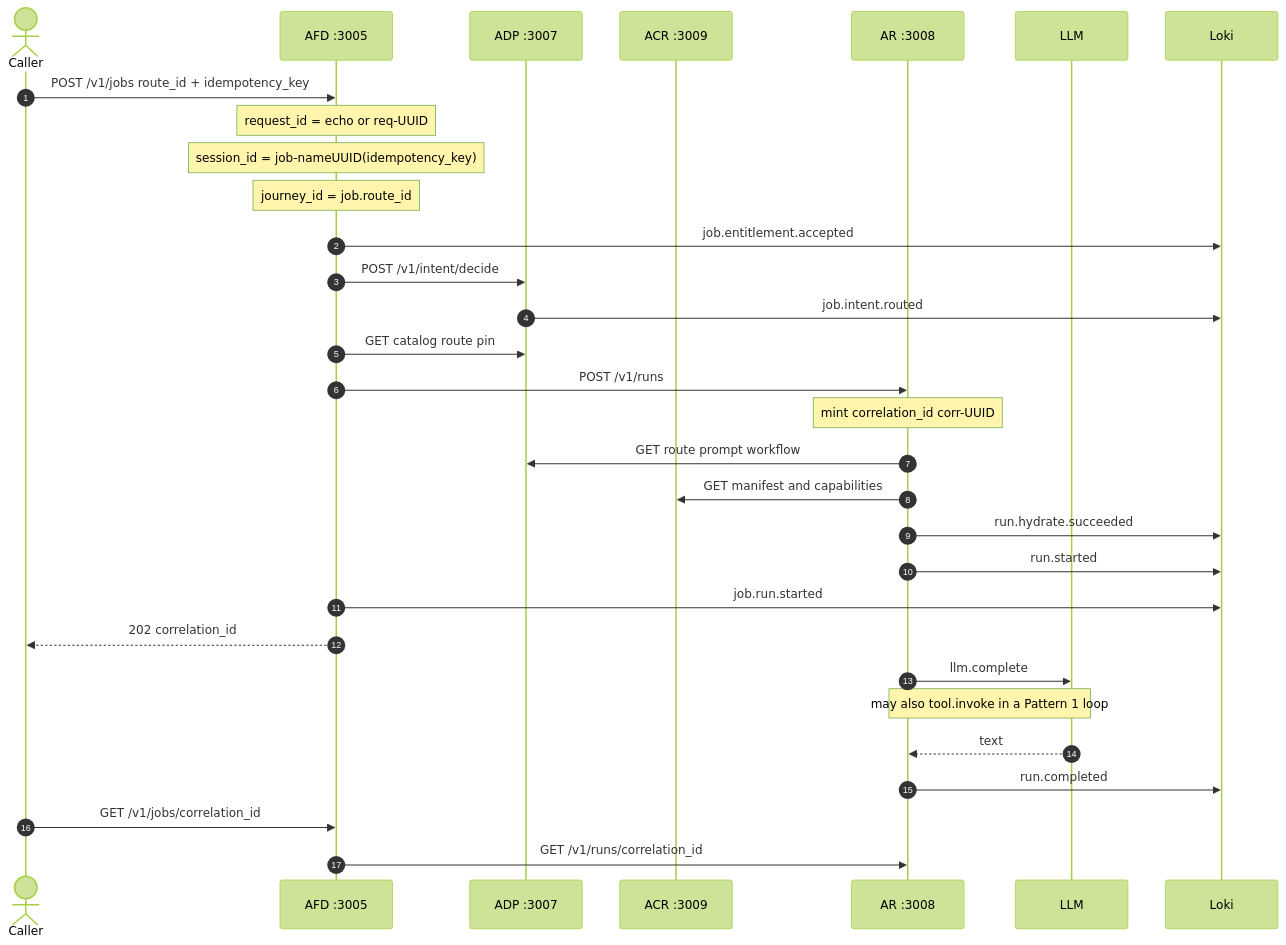
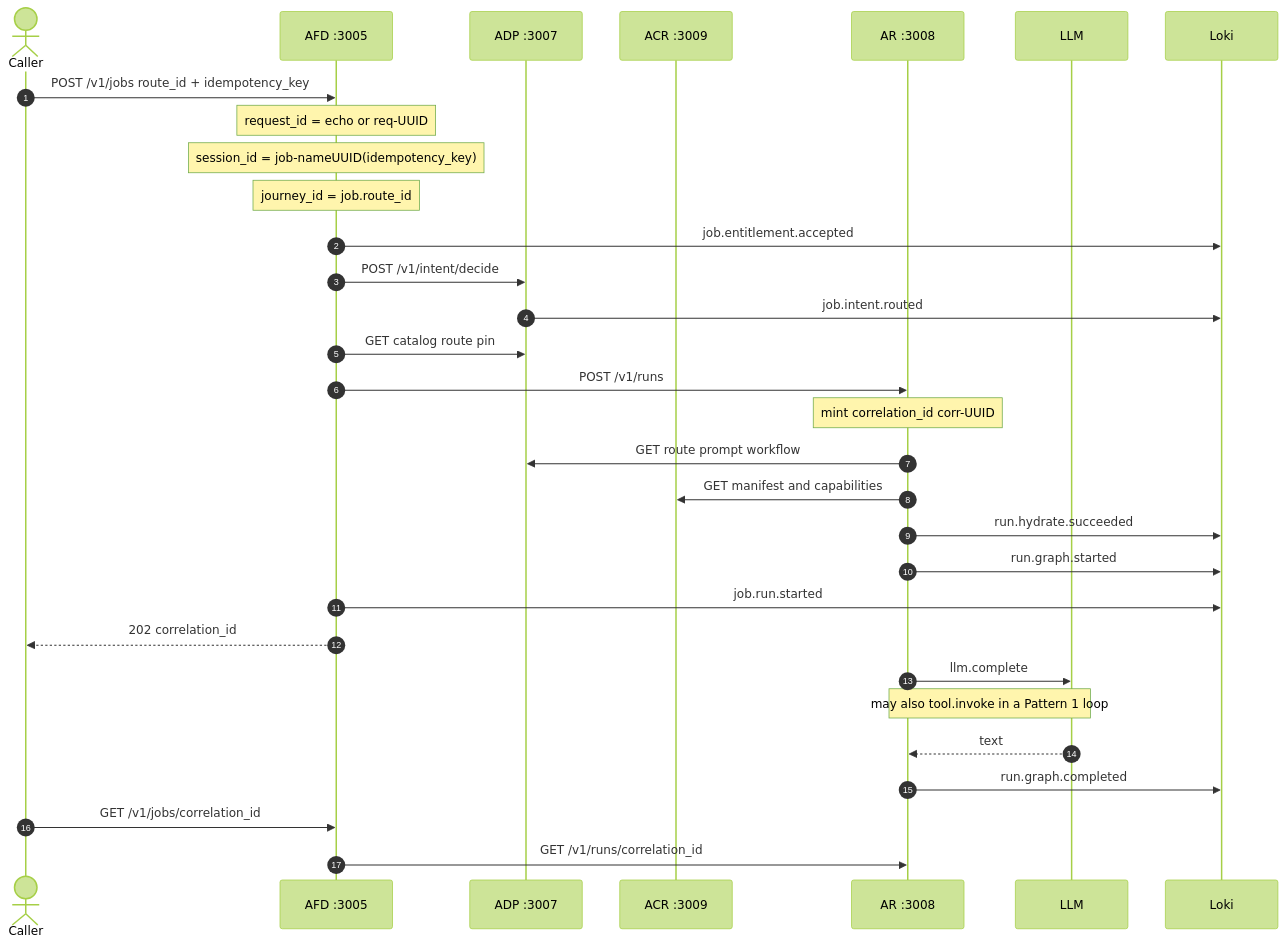
The first of 6 diagrams in agent-fabric-docs/02-understand/ids.md (iamsharmajitender/enterprise-agent-fabric), drawn with Mermaid (forest theme) before and after one commit. The commit also changed other lines of this file and 7 other files, not shown here.

````diff
--- a/agent-fabric-docs/02-understand/ids.md
+++ b/agent-fabric-docs/02-understand/ids.md
@@ -98,34 +98,34 @@
 ```mermaid
 sequenceDiagram
   autonumber
   actor Caller
   participant AFD as AFD :3005
   participant ADP as ADP :3007
   participant ACR as ACR :3009
   participant AR as AR :3008
   participant LLM as LLM
   participant Loki as Loki
 
   Caller->>AFD: POST /v1/jobs route_id + idempotency_key
   Note over AFD: request_id = echo or req-UUID
   Note over AFD: session_id = job-nameUUID(idempotency_key)
   Note over AFD: journey_id = job.route_id
   AFD->>Loki: job.entitlement.accepted
   AFD->>ADP: POST /v1/intent/decide
   ADP->>Loki: job.intent.routed
   AFD->>ADP: GET catalog route pin
   AFD->>AR: POST /v1/runs
   Note over AR: mint correlation_id corr-UUID
   AR->>ADP: GET route prompt workflow
   AR->>ACR: GET manifest and capabilities
   AR->>Loki: run.hydrate.succeeded
-  AR->>Loki: run.started
+  AR->>Loki: run.graph.started
   AFD->>Loki: job.run.started
   AFD-->>Caller: 202 correlation_id
   AR->>LLM: llm.complete
   Note over AR,LLM: may also tool.invoke in a Pattern 1 loop
   LLM-->>AR: text
-  AR->>Loki: run.completed
+  AR->>Loki: run.graph.completed
   Caller->>AFD: GET /v1/jobs/correlation_id
   AFD->>AR: GET /v1/runs/correlation_id
 ```
````
